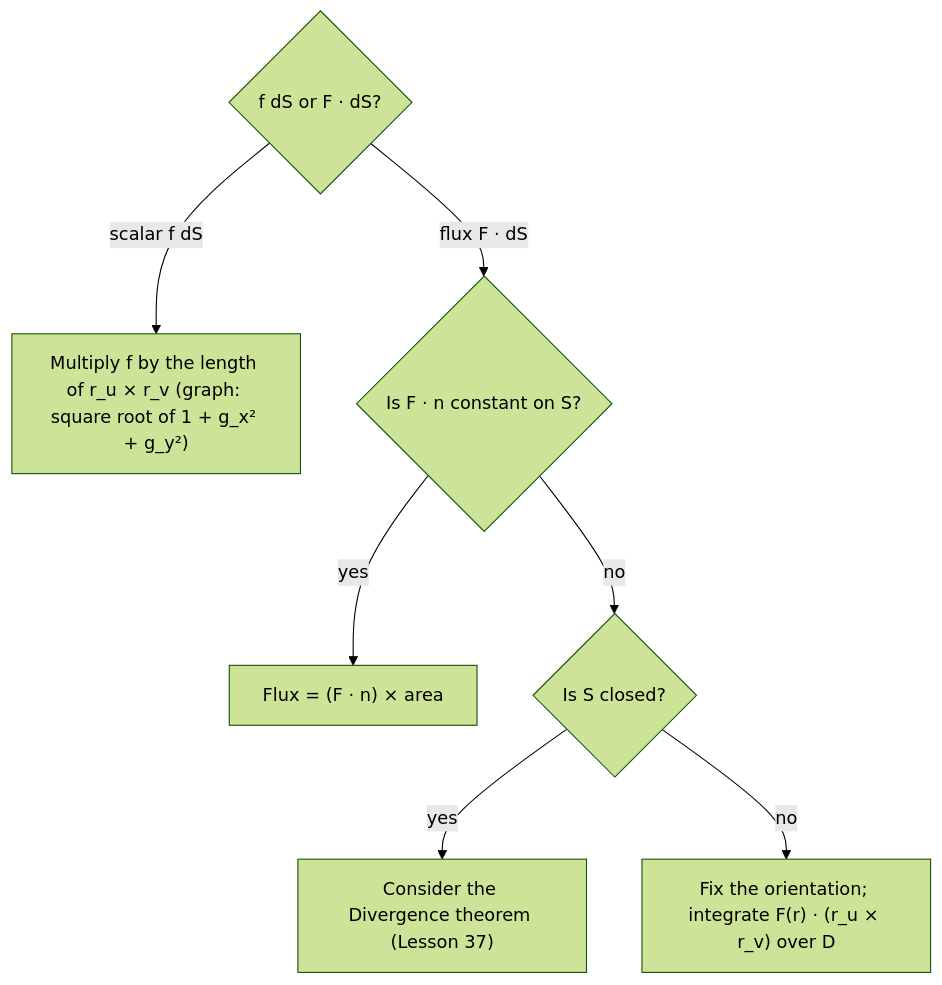
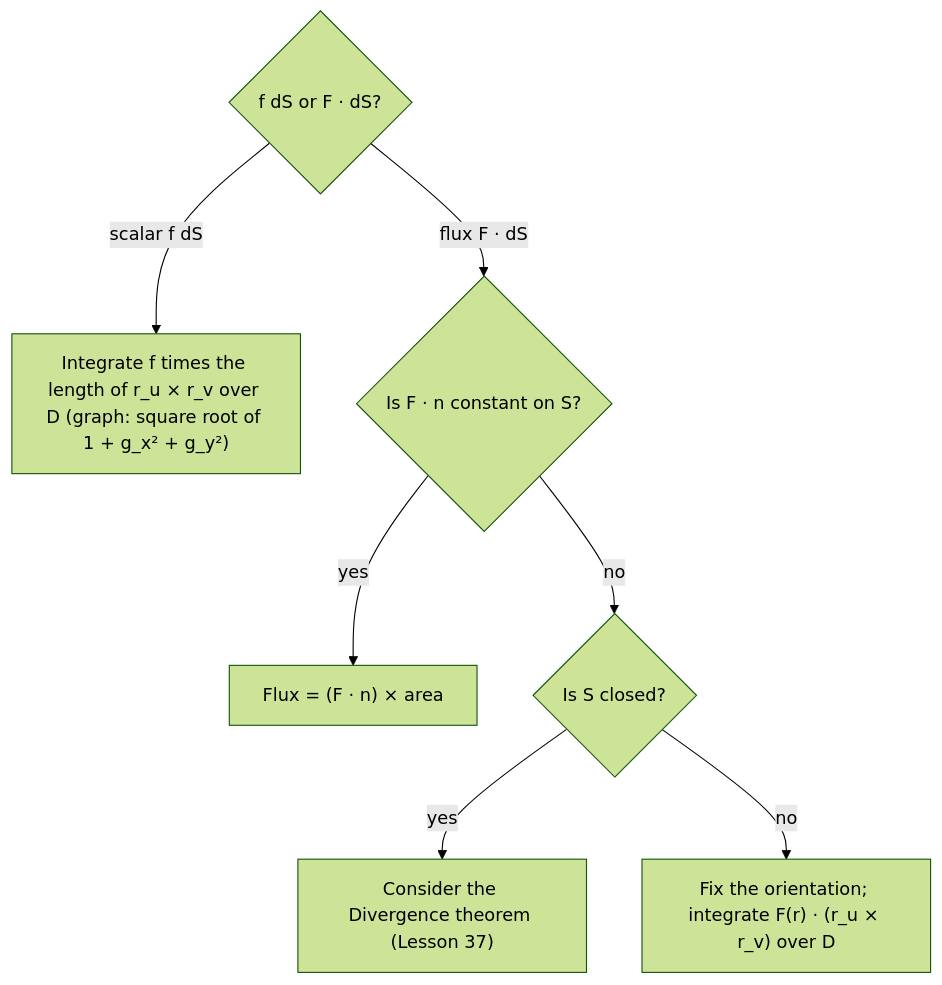
The diagram in content/math/multivariable/lessons/35-surface-integrals.md (Aziliz/erudior), drawn with Mermaid (forest theme) before and after one commit. The commit also changed 15 other files, not shown here.

````diff
--- a/content/math/multivariable/lessons/35-surface-integrals.md
+++ b/content/math/multivariable/lessons/35-surface-integrals.md
@@ -111,11 +111,11 @@
 ```mermaid
 flowchart TD
   accTitle: Choosing a method for a surface integral
-  accDescr: First decide whether the integral is a scalar surface integral of f dS or a flux integral of F dot dS. For a scalar integral, multiply f by the length of r_u cross r_v, or by the square root of 1 plus g_x squared plus g_y squared for a graph. For a flux integral, if F dot n is constant on the surface, multiply it by the area. If not, and the surface is closed, consider the Divergence theorem of Lesson 37. Otherwise choose the orientation and integrate F of r dotted with r_u cross r_v over the parameter domain.
-  A{"f dS or F · dS?"} -- "scalar f dS" --> B["Multiply f by the length of r_u × r_v (graph: square root of 1 + g_x² + g_y²)"]
+  accDescr: First decide whether the integral is a scalar surface integral of f dS or a flux integral of F dot dS. For a scalar integral, integrate f times the length of r_u cross r_v over the parameter domain, or f times the square root of 1 plus g_x squared plus g_y squared for a graph. For a flux integral, if F dot n is constant on the surface, multiply it by the area. If not, and the surface is closed, consider the Divergence theorem of Lesson 37. Otherwise choose the orientation and integrate F of r dotted with r_u cross r_v over the parameter domain.
+  A{"f dS or F · dS?"} -- "scalar f dS" --> B["Integrate f times the length of r_u × r_v over D (graph: square root of 1 + g_x² + g_y²)"]
   A -- "flux F · dS" --> C{"Is F · n constant on S?"}
   C -- "yes" --> D["Flux = (F · n) × area"]
   C -- "no" --> E{"Is S closed?"}
   E -- "yes" --> F["Consider the Divergence theorem (Lesson 37)"]
   E -- "no" --> G["Fix the orientation; integrate F(r) · (r_u × r_v) over D"]
 ```
````
